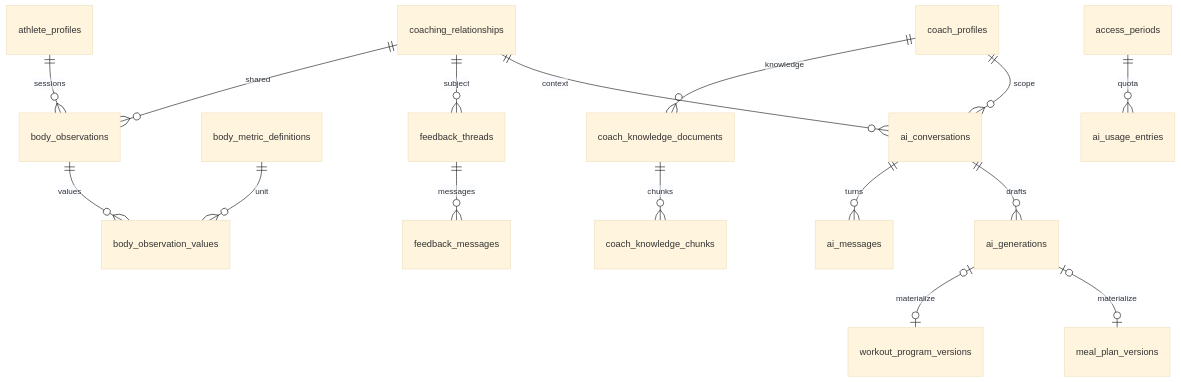
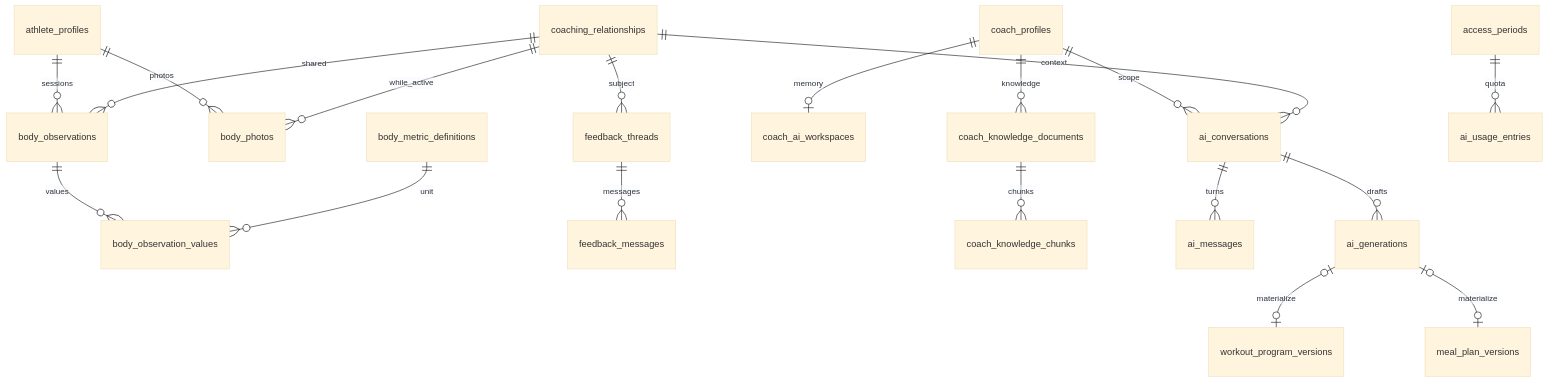
One commit to shayanSahrayi/fito-back-end changed the sixth of 6 diagrams in docs/product/03-erd.md. Above: the diagram before and after it, drawn with Mermaid (base theme). The commit also changed other lines of this file and 79 other files, not shown here.

````diff
--- a/docs/product/03-erd.md
+++ b/docs/product/03-erd.md
@@ -90,18 +92,21 @@
 ```mermaid
 erDiagram
     athlete_profiles ||--o{ body_observations : sessions
+    athlete_profiles ||--o{ body_photos : photos
+    coaching_relationships ||--o{ body_photos : while_active
     coaching_relationships ||--o{ body_observations : shared
     body_observations ||--o{ body_observation_values : values
     body_metric_definitions ||--o{ body_observation_values : unit
     coaching_relationships ||--o{ feedback_threads : subject
     feedback_threads ||--o{ feedback_messages : messages
+    coach_profiles ||--o| coach_ai_workspaces : memory
     coach_profiles ||--o{ coach_knowledge_documents : knowledge
     coach_knowledge_documents ||--o{ coach_knowledge_chunks : chunks
     coach_profiles ||--o{ ai_conversations : scope
     coaching_relationships ||--o{ ai_conversations : context
     ai_conversations ||--o{ ai_messages : turns
     ai_conversations ||--o{ ai_generations : drafts
     ai_generations |o--o| workout_program_versions : materialize
     ai_generations |o--o| meal_plan_versions : materialize
     access_periods ||--o{ ai_usage_entries : quota
 ```
````
